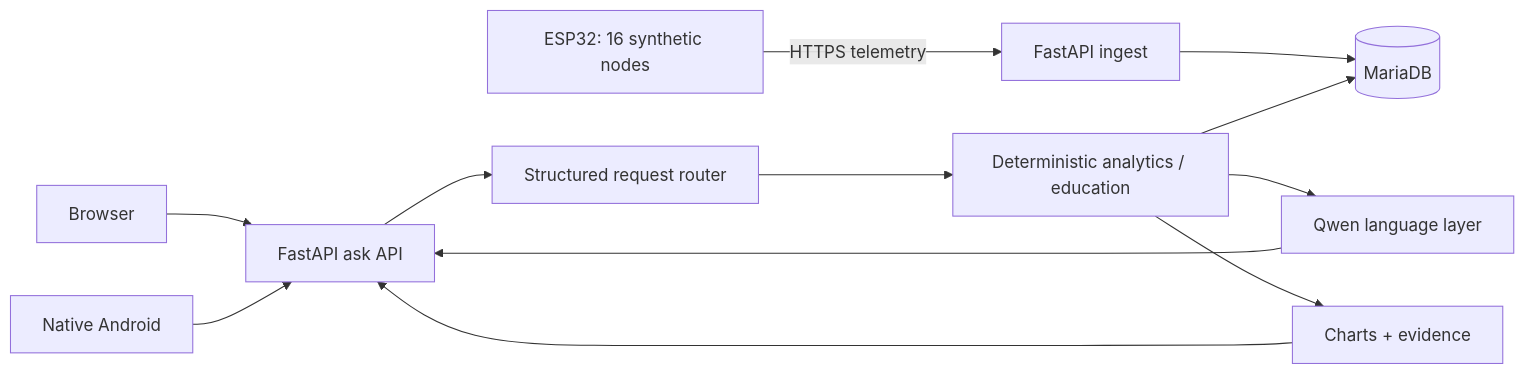
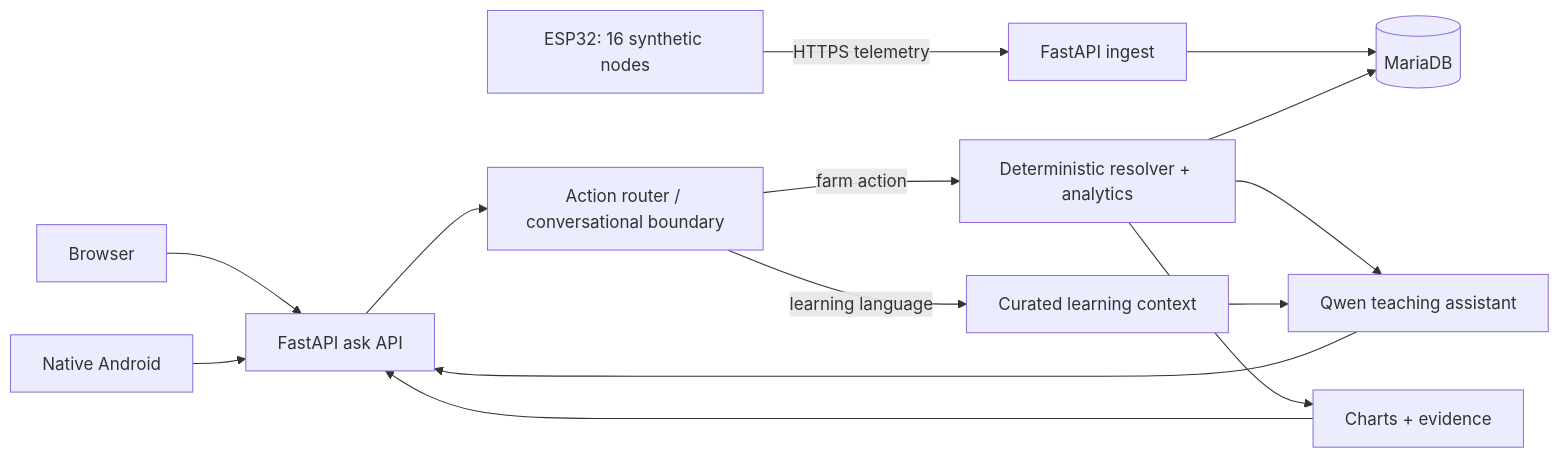
The diagram in docs/diagrams/system-architecture.mmd (w0rmy/farmpi), drawn with Mermaid before and after one commit. The commit also changed 17 other files, not shown here.

Commit message:
Broaden FarmPi conversational learning boundaries

```diff
--- a/docs/diagrams/system-architecture.mmd
+++ b/docs/diagrams/system-architecture.mmd
@@ -1,12 +1,14 @@
 flowchart LR
   E[ESP32: 16 synthetic nodes] -->|HTTPS telemetry| I[FastAPI ingest]
   I --> D[(MariaDB)]
   W[Browser] --> A[FastAPI ask API]
   N[Native Android] --> A
-  A --> R[Structured request router]
-  R --> X[Deterministic analytics / education]
+  A --> R[Action router / conversational boundary]
+  R -->|farm action| X[Deterministic resolver + analytics]
+  R -->|learning language| L[Curated learning context]
   X --> D
-  X --> Q[Qwen language layer]
+  X --> Q[Qwen teaching assistant]
+  L --> Q
   X --> G[Charts + evidence]
   Q --> A
   G --> A
```
